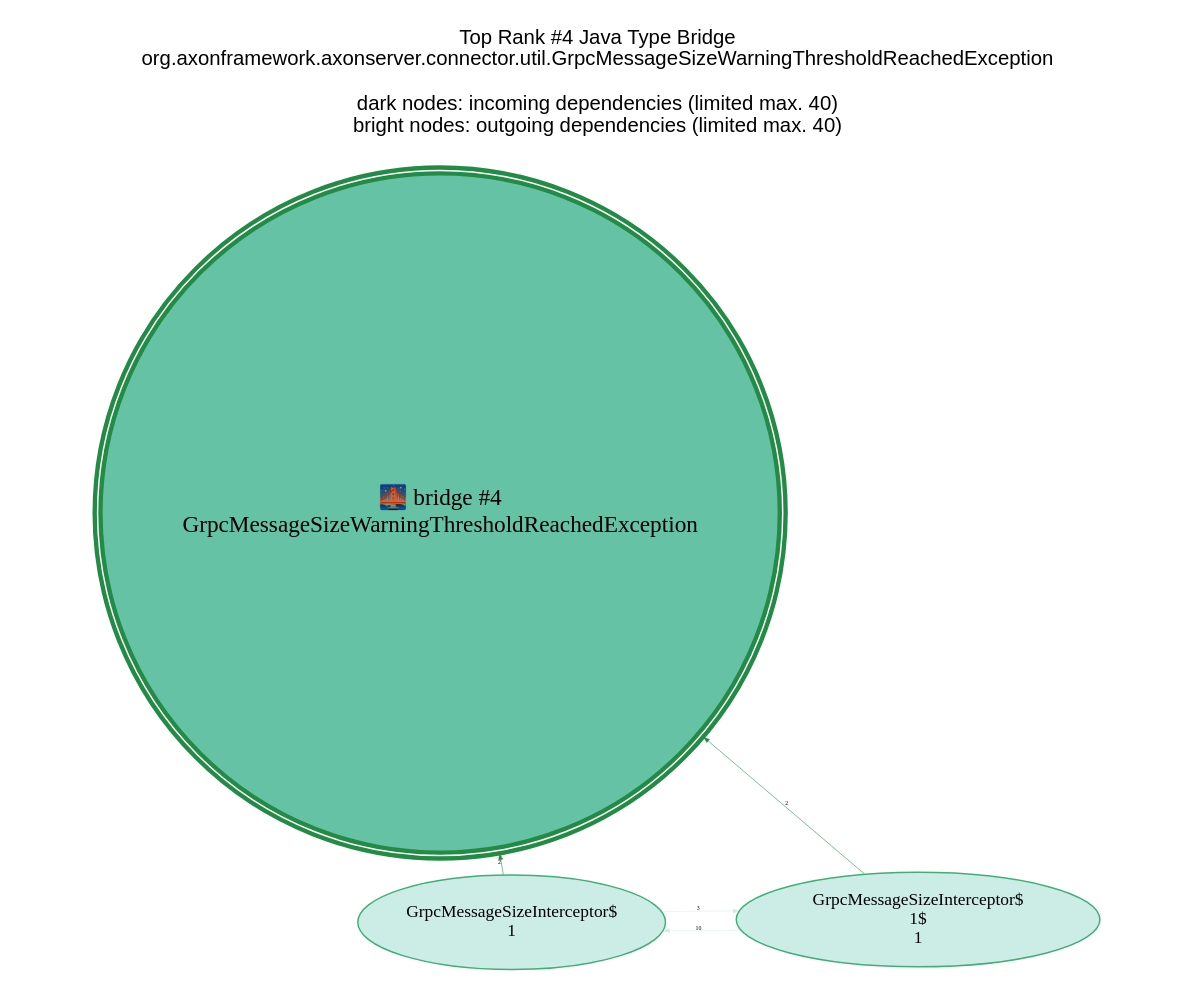
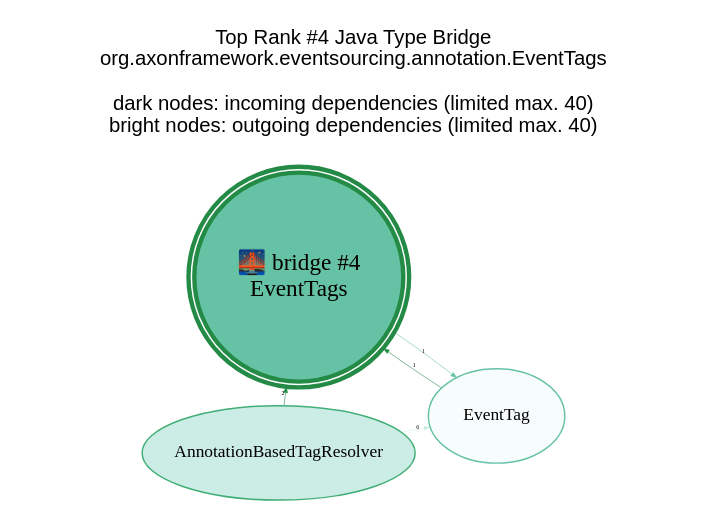
Before and after one commit to JohT/code-graph-analysis-examples: the diagram in analysis-results/AxonFramework/AxonFramework-5.0.2/anomaly-detection/Java_Type/GraphVisualizations/graphviz/TopBridge4.gv, drawn with Graphviz. The commit also changed 695 other files, not shown here.

```diff
--- a/analysis-results/AxonFramework/AxonFramework-5.0.2/anomaly-detection/Java_Type/GraphVisualizations/graphviz/TopBridge4.gv
+++ b/analysis-results/AxonFramework/AxonFramework-5.0.2/anomaly-detection/Java_Type/GraphVisualizations/graphviz/TopBridge4.gv
@@ -1,21 +1,21 @@
 // This GraphViz dot file was generated by the script convertQueryResultCsvToGraphVizDotFile.sh with TopCentral.template
 
 strict digraph TopBridge4 {
     graph [layout = "fdp"; start = "7"; splines = "spline"; pad = "0.8,0.1"; outputorder = "edgesfirst";];
     graph [fontname = "Helvetica,Arial,sans-serif"; labelloc = "t";];
     node [colorscheme = "bugn9"; color = 6; fillcolor = 3;];
     edge [colorscheme = "bugn9"; color = 7;];
     node [fontsize = 12; style = "filled"; margin = "0.03,0.03"; width="1.3"; height="0.9";];
     edge [fontsize = 4; arrowsize = "0.4";];
 
     central [shape = "doublecircle"; height = "2.0"; margin = "0.000001,0.000001";];
     central [fontsize = 16;];
     central [color = 7; fillcolor = 5; penwidth = 3;];
 
-	graph   [label="Top Rank #4 Java Type Bridge\norg.axonframework.axonserver.connector.util.GrpcMessageSizeWarningThresholdReachedException\n\ndark nodes: incoming dependencies (limited max. 40)\nbright nodes: outgoing dependencies (limited max. 40)\n\n"];
-	central [label="🌉 bridge #4\nGrpcMessageSizeWarningThresholdReachedException"];
-	"GrpcMessageSizeInterceptor$1_10908" [label = "GrpcMessageSizeInterceptor$\n1"; ]; "GrpcMessageSizeInterceptor$1_10908" -> central [label=2; weight=2; penwidth=0.4];
-	"GrpcMessageSizeInterceptor$1$1_10915" [label = "GrpcMessageSizeInterceptor$\n1$\n1"; ]; "GrpcMessageSizeInterceptor$1$1_10915" -> central [label=2; weight=2; penwidth=0.4];
-	"GrpcMessageSizeInterceptor$1$1_10915" -> "GrpcMessageSizeInterceptor$1_10908" [label=10; weight=10; penwidth=0.3; color = 3]
-	"GrpcMessageSizeInterceptor$1_10908" -> "GrpcMessageSizeInterceptor$1$1_10915" [label=3; weight=3; penwidth=0.3; color = 3]
+	graph   [label="Top Rank #4 Java Type Bridge\norg.axonframework.eventsourcing.annotation.EventTags\n\ndark nodes: incoming dependencies (limited max. 40)\nbright nodes: outgoing dependencies (limited max. 40)\n\n"];
+	central [label="🌉 bridge #4\nEventTags"];
+	"AnnotationBasedTagResolver_24124" [label = "AnnotationBasedTagResolver"; ]; "AnnotationBasedTagResolver_24124" -> central [label=2; weight=2; penwidth=0.4];
+	"EventTag_22740" [label = "EventTag"; ]; "EventTag_22740" -> central [label=1; weight=1; penwidth=0.4];
+	"EventTag_22740" [label = "EventTag"; color = 5; fillcolor = 1; ]; central -> "EventTag_22740" [label=1; weight=1; penwidth=0.4; color = 5];
+	"AnnotationBasedTagResolver_24124" -> "EventTag_22740" [label=6; weight=6; penwidth=0.3; color = 3]
 }
```
